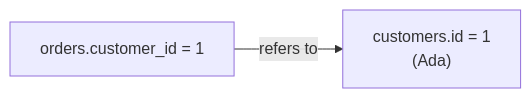
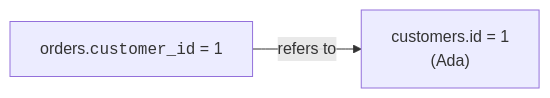
One commit to dataslope/dataslope changed the second of 3 diagrams in content/learn/intro-sql-postgres/foreign-keys.mdx. Above: the diagram before and after it, drawn with Mermaid. The commit also changed other lines of this file and 153 other files, not shown here.

First line of the commit message:
Render code-only mermaid shapes in monospace; convert step sequences to Steps

````diff
--- a/content/learn/intro-sql-postgres/foreign-keys.mdx
+++ b/content/learn/intro-sql-postgres/foreign-keys.mdx
@@ -35,4 +35,4 @@
 ```mermaid
 flowchart LR
-    O["orders.customer_id = 1"] -->|"refers to"| C["customers.id = 1<br/>(Ada)"]
+    O["orders.<code>customer_id</code> = 1"] -->|"refers to"| C["customers.id = 1<br/>(Ada)"]
 ```
````
